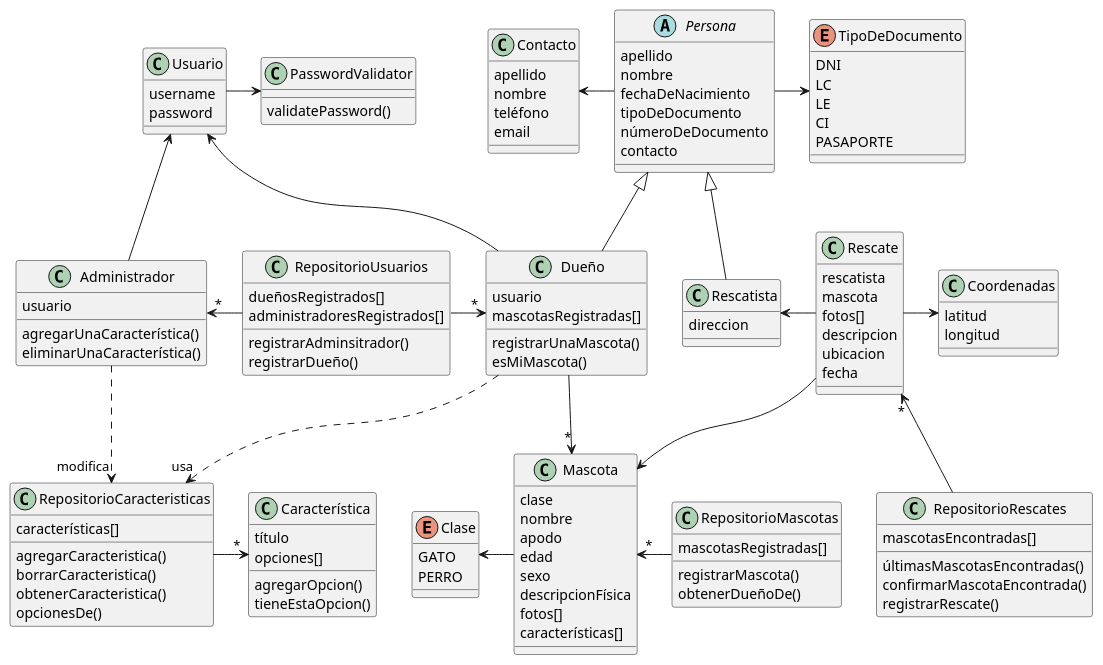
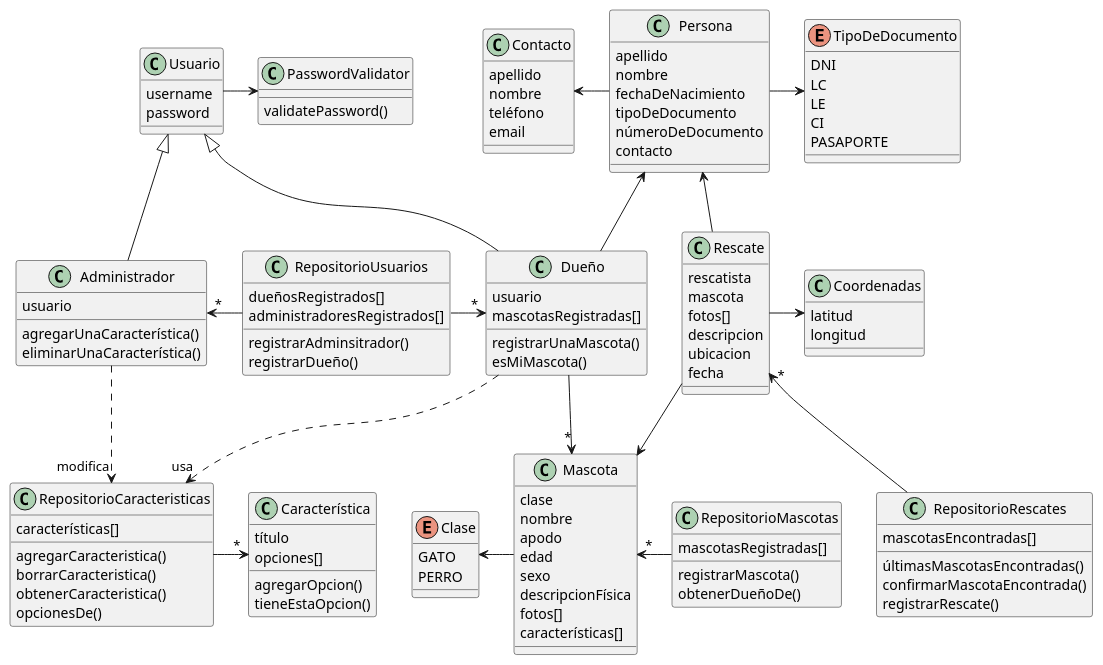
Before and after one commit to aleeherasimiuk/RescateDePatitas: the diagram in diagramaDeClases.plantuml, drawn with PlantUML. The commit also changed other lines of this file, not shown here.

Commit message:
refactored inheritance between usuario, dueño and administrador

```diff
--- a/diagramaDeClases.plantuml
+++ b/diagramaDeClases.plantuml
@@ -1,148 +1,136 @@
 @startuml RescateDePatitas
 
-
-abstract class Persona{
+class Persona{
   apellido
   nombre
   fechaDeNacimiento
   tipoDeDocumento
   númeroDeDocumento
   contacto
 
 }
 
 class Contacto{
   apellido
   nombre
   teléfono
   email
-}
-
-class Rescatista{
-  direccion
 }
 
 class Mascota{
   clase
   nombre
   apodo
   edad
   sexo
   descripcionFísica
   fotos[]
   características[]
 }
 
 enum Clase{
   GATO
   PERRO
 }
 
 
 enum TipoDeDocumento{
   DNI
   LC /' Libreta Cívica '/
   LE /' Libreta de Enrolamiento '/
   CI /' Cédula de Identidad '/
   PASAPORTE
 }
 
 class Rescate{
   rescatista
   mascota
   fotos[]
   descripcion
   ubicacion
   fecha
 }
 
 class Coordenadas{
   latitud
   longitud
 }
 
 class Usuario{
   username
   password
 }
 
 class Administrador{
   usuario
   agregarUnaCaracterística()
   eliminarUnaCaracterística()
 
 }
 
 class Dueño{
   usuario
   mascotasRegistradas[]
   registrarUnaMascota()
   esMiMascota()
 }
 
-
 class RepositorioUsuarios{
   dueñosRegistrados[]
   administradoresRegistrados[]
   registrarAdminsitrador()
   registrarDueño()
 }
 
 class RepositorioMascotas{
   mascotasRegistradas[]
   registrarMascota()
   obtenerDueñoDe()
 }
 
 class RepositorioRescates{
   mascotasEncontradas[]
   últimasMascotasEncontradas()
   confirmarMascotaEncontrada()
   registrarRescate()
 }
 
-
 class Característica{
   título
   opciones[]
   agregarOpcion()
   tieneEstaOpcion()
 }
 
 class RepositorioCaracteristicas{
   características[]
   agregarCaracteristica()
   borrarCaracteristica()
   obtenerCaracteristica()
   opcionesDe()
 }
 
 class PasswordValidator{
   validatePassword()
 }
 
-
-Rescatista -u-|> Persona
-Rescate -l-> Rescatista
+Rescate -u-> Persona
 Usuario -> PasswordValidator
-Dueño -u-> Usuario
+Dueño -u-|> Usuario
 Rescate -d-> Mascota
 RepositorioMascotas -l-> "*" Mascota
 RepositorioRescates -u-> "*" Rescate
 RepositorioUsuarios -l-> "*" Administrador
 RepositorioUsuarios -r-> "*" Dueño
 Persona -> TipoDeDocumento
-Dueño -u-|> Persona
+Dueño -u-> Persona
 Persona -l-> Contacto
 Mascota -l-> Clase
 Dueño -d->"*" Mascota
-Administrador -u-> Usuario
+Administrador -u-|> Usuario
 Rescate -> Coordenadas
 RepositorioCaracteristicas ->"*" Característica
 Dueño ..>"usa" RepositorioCaracteristicas
 Administrador ..>"modifica" RepositorioCaracteristicas
 
-
-
-
 @enduml
```
